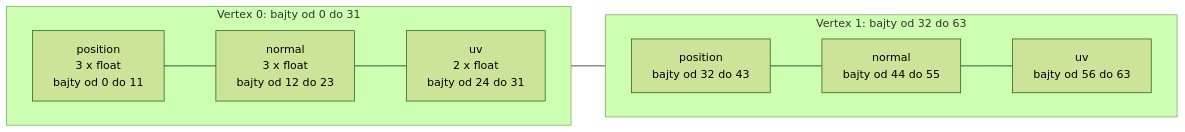
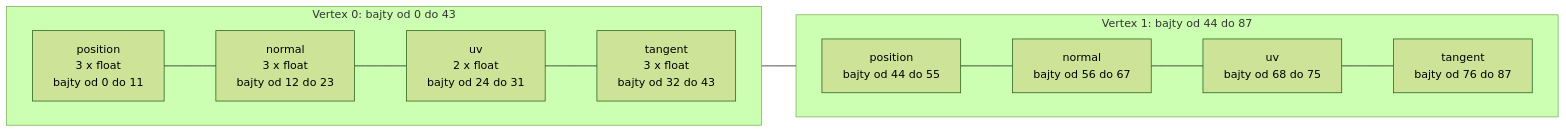
One commit to Shironex/night-maze changed the diagram in docs/modules/gfx/mesh.md. Above: the diagram before and after it, drawn with Mermaid (forest theme). The commit also changed other lines of this file and 63 other files, not shown here.

````diff
--- a/docs/modules/gfx/mesh.md
+++ b/docs/modules/gfx/mesh.md
@@ -39,12 +40,12 @@
 ```mermaid
 flowchart LR
-    subgraph V0["Vertex 0: bajty od 0 do 31"]
+    subgraph V0["Vertex 0: bajty od 0 do 43"]
         direction LR
-        P0["position<br/>3 x float<br/>bajty od 0 do 11"] --- N0["normal<br/>3 x float<br/>bajty od 12 do 23"] --- U0["uv<br/>2 x float<br/>bajty od 24 do 31"]
+        P0["position<br/>3 x float<br/>bajty od 0 do 11"] --- N0["normal<br/>3 x float<br/>bajty od 12 do 23"] --- U0["uv<br/>2 x float<br/>bajty od 24 do 31"] --- T0["tangent<br/>3 x float<br/>bajty od 32 do 43"]
     end
-    subgraph V1["Vertex 1: bajty od 32 do 63"]
+    subgraph V1["Vertex 1: bajty od 44 do 87"]
         direction LR
-        P1["position<br/>bajty od 32 do 43"] --- N1["normal<br/>bajty od 44 do 55"] --- U1["uv<br/>bajty od 56 do 63"]
+        P1["position<br/>bajty od 44 do 55"] --- N1["normal<br/>bajty od 56 do 67"] --- U1["uv<br/>bajty od 68 do 75"] --- T1["tangent<br/>bajty od 76 do 87"]
     end
     V0 --- V1
 ```
````
